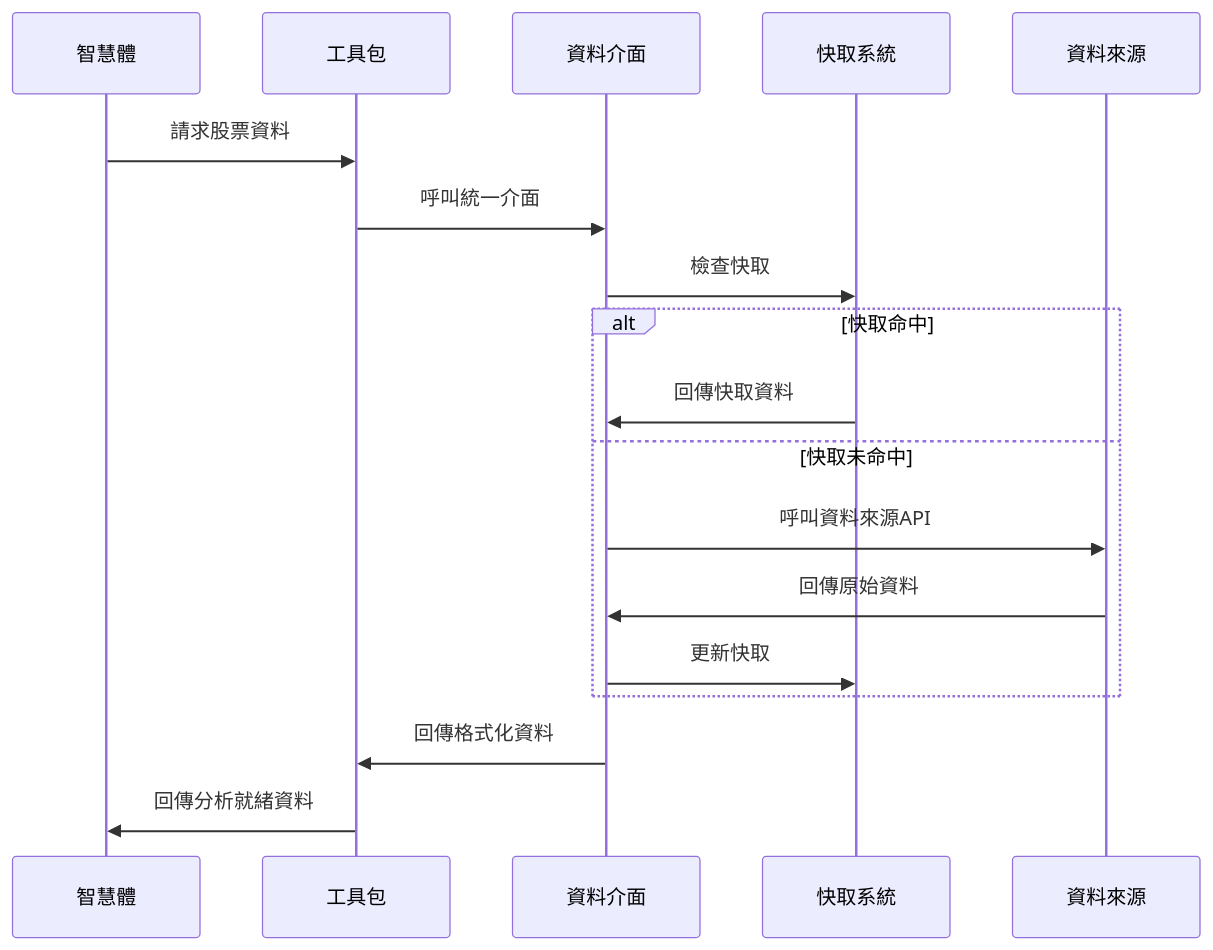
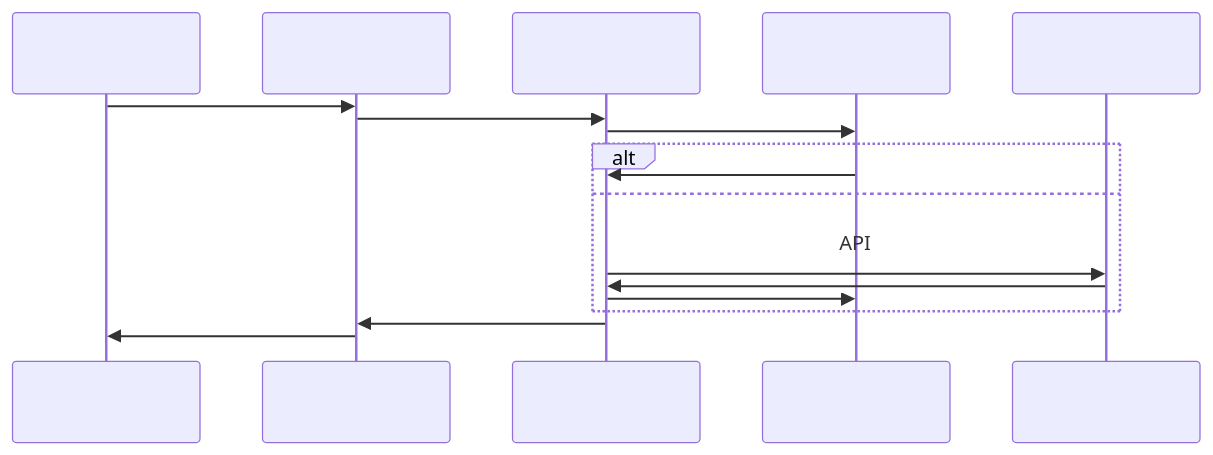
One commit to aiinpocket/TradingAgents-CN changed the second of 2 diagrams in docs/architecture/v0.1.13/data-flow-architecture.md. Above: the diagram before and after it, drawn with Mermaid. The commit also changed other lines of this file and 77 other files, not shown here.

````diff
--- a/docs/architecture/v0.1.13/data-flow-architecture.md
+++ b/docs/architecture/v0.1.13/data-flow-architecture.md
@@ -266,23 +266,23 @@
 ```mermaid
 sequenceDiagram
-    participant Agent as 智慧體
-    participant Toolkit as 工具包
-    participant Interface as 資料介面
-    participant Cache as 快取系統
-    participant Source as 資料來源
+ participant Agent as 
+ participant Toolkit as 
+ participant Interface as 
+ participant Cache as 
+ participant Source as 
 
-    Agent->>Toolkit: 請求股票資料
-    Toolkit->>Interface: 呼叫統一介面
-    Interface->>Cache: 檢查快取
+ Agent->>Toolkit: 
+ Toolkit->>Interface: 
+ Interface->>Cache: 
 
-    alt 快取命中
-        Cache->>Interface: 回傳快取資料
-    else 快取未命中
-        Interface->>Source: 呼叫資料來源API
-        Source->>Interface: 回傳原始資料
-        Interface->>Cache: 更新快取
-    end
+ alt 
+ Cache->>Interface: 
+ else 
+ Interface->>Source: API
+ Source->>Interface: 
+ Interface->>Cache: 
+ end
 
-    Interface->>Toolkit: 回傳格式化資料
-    Toolkit->>Agent: 回傳分析就緒資料
+ Interface->>Toolkit: 
+ Toolkit->>Agent: 
 ```
````
